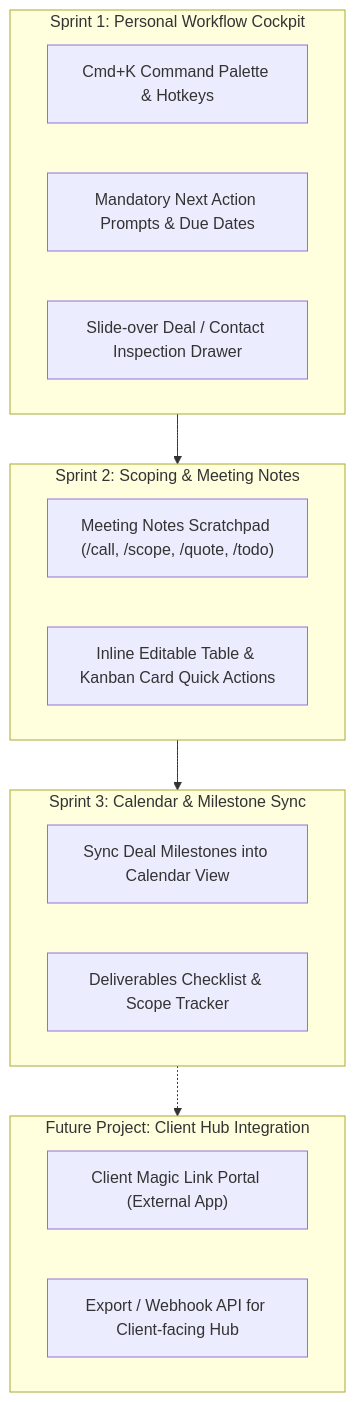
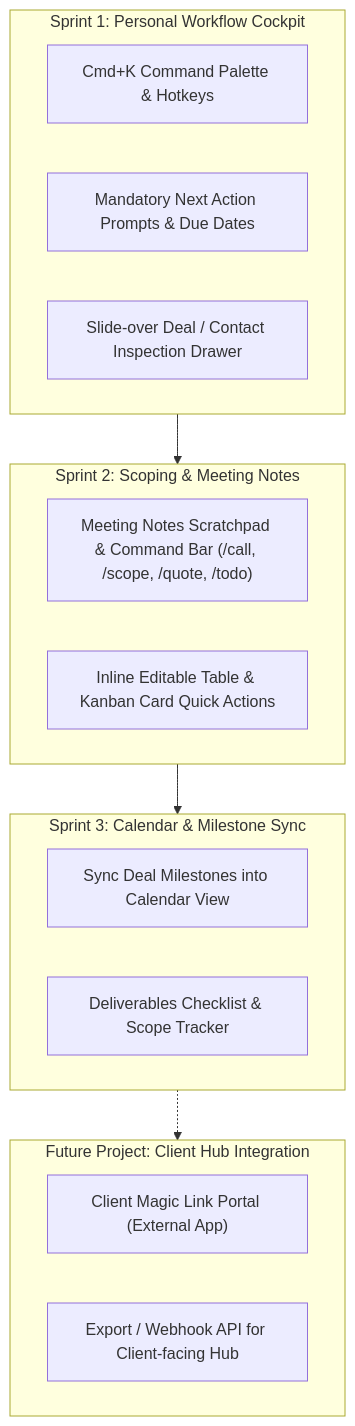
Before and after one commit to Olinkkt/freelancer-crm: the diagram in IDEAS.md, drawn with Mermaid. The commit also changed other lines of this file and 17 other files, not shown here.

````diff
--- a/IDEAS.md
+++ b/IDEAS.md
@@ -102,21 +104,21 @@
 ```mermaid
 flowchart TD
     subgraph S1 ["Sprint 1: Personal Workflow Cockpit"]
         A["Cmd+K Command Palette & Hotkeys"]
         B["Mandatory Next Action Prompts & Due Dates"]
         C["Slide-over Deal / Contact Inspection Drawer"]
     end
     subgraph S2 ["Sprint 2: Scoping & Meeting Notes"]
-        D["Meeting Notes Scratchpad (/call, /scope, /quote, /todo)"]
+        D["Meeting Notes Scratchpad & Command Bar (/call, /scope, /quote, /todo)"]
         E["Inline Editable Table & Kanban Card Quick Actions"]
     end
     subgraph S3 ["Sprint 3: Calendar & Milestone Sync"]
         F["Sync Deal Milestones into Calendar View"]
         G["Deliverables Checklist & Scope Tracker"]
     end
     subgraph S4 ["Future Project: Client Hub Integration"]
         H["Client Magic Link Portal (External App)"]
         I["Export / Webhook API for Client-facing Hub"]
     end
     S1 --> S2 --> S3 -.-> S4
 ```
````
